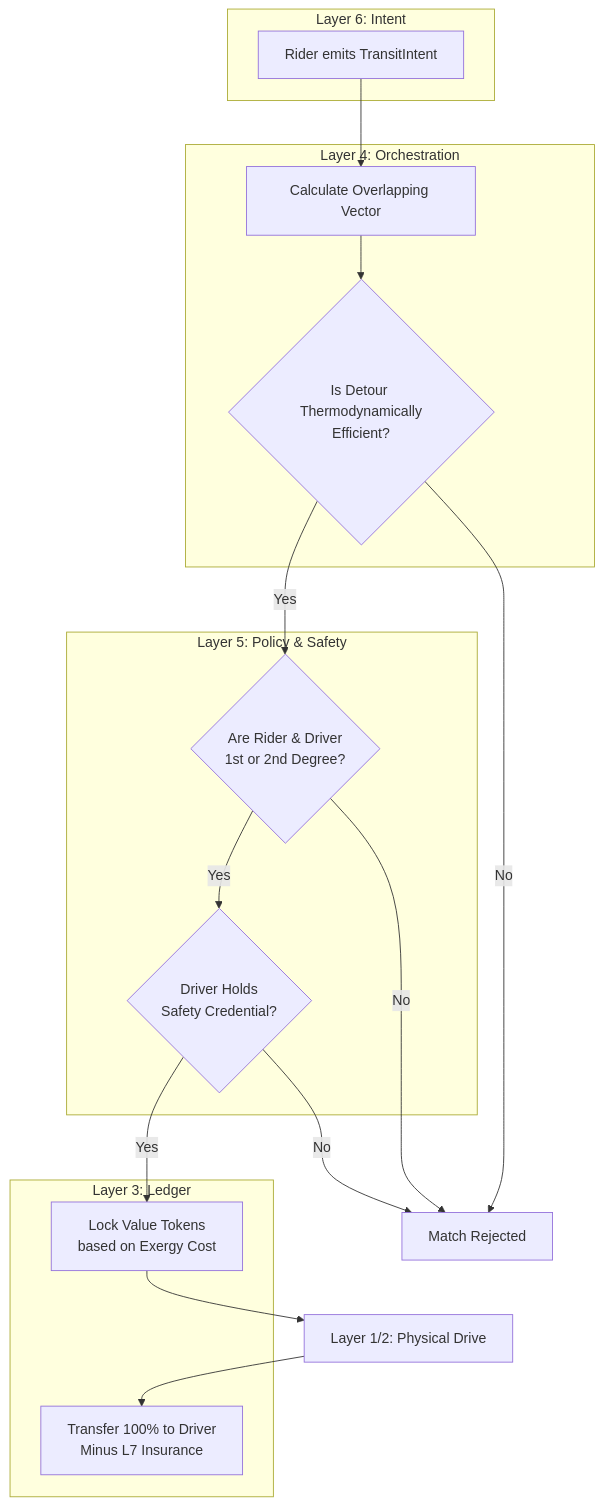
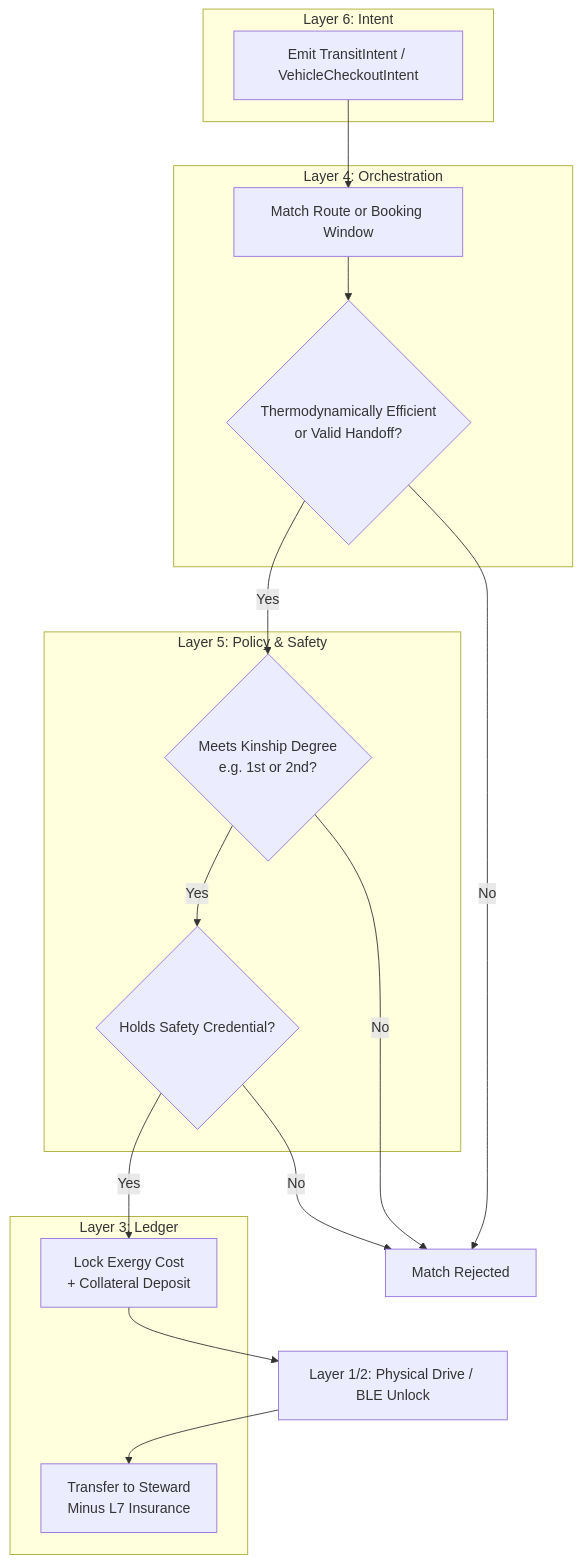
The diagram in docs/scenarios/beta_transit.md (raffaine/collective), drawn with Mermaid before and after one commit. The commit also changed other lines of this file and 25 other files, not shown here.

Commit message:
docs: enrich scenarios (Alpha through Omega) and establish Prime Genesis roadmap

````diff
--- a/docs/scenarios/beta_transit.md
+++ b/docs/scenarios/beta_transit.md
@@ -45,35 +48,35 @@
 ```mermaid
 graph TD
     subgraph Layer 6: Intent
-        Rider[Rider emits TransitIntent]
+        Rider[Emit TransitIntent / VehicleCheckoutIntent]
     end
 
     subgraph Layer 5: Policy & Safety
-        TrustCheck{Are Rider & Driver <br> 1st or 2nd Degree?}
-        CredCheck{Driver Holds <br> Safety Credential?}
+        TrustCheck{Meets Kinship Degree <br> e.g. 1st or 2nd?}
+        CredCheck{Holds Safety Credential?}
     end
 
     subgraph Layer 4: Orchestration
-        VectorMatch[Calculate Overlapping Vector]
-        DetourCheck{Is Detour <br> Thermodynamically Efficient?}
+        VectorMatch[Match Route or Booking Window]
+        DetourCheck{Thermodynamically Efficient <br> or Valid Handoff?}
     end
 
     subgraph Layer 3: Ledger
-        Escrow[Lock Value Tokens <br> based on Exergy Cost]
-        Settle[Transfer 100% to Driver <br> Minus L7 Insurance]
+        Escrow[Lock Exergy Cost <br> + Collateral Deposit]
+        Settle[Transfer to Steward <br> Minus L7 Insurance]
     end
 
     Rider --> VectorMatch
     VectorMatch --> DetourCheck
     DetourCheck -->|Yes| TrustCheck
     DetourCheck -->|No| Reject[Match Rejected]
     
     TrustCheck -->|Yes| CredCheck
     TrustCheck -->|No| Reject
     
     CredCheck -->|Yes| Escrow
     CredCheck -->|No| Reject
 
-    Escrow --> Execute[Layer 1/2: Physical Drive]
+    Escrow --> Execute[Layer 1/2: Physical Drive / BLE Unlock]
     Execute --> Settle
 ```
````
